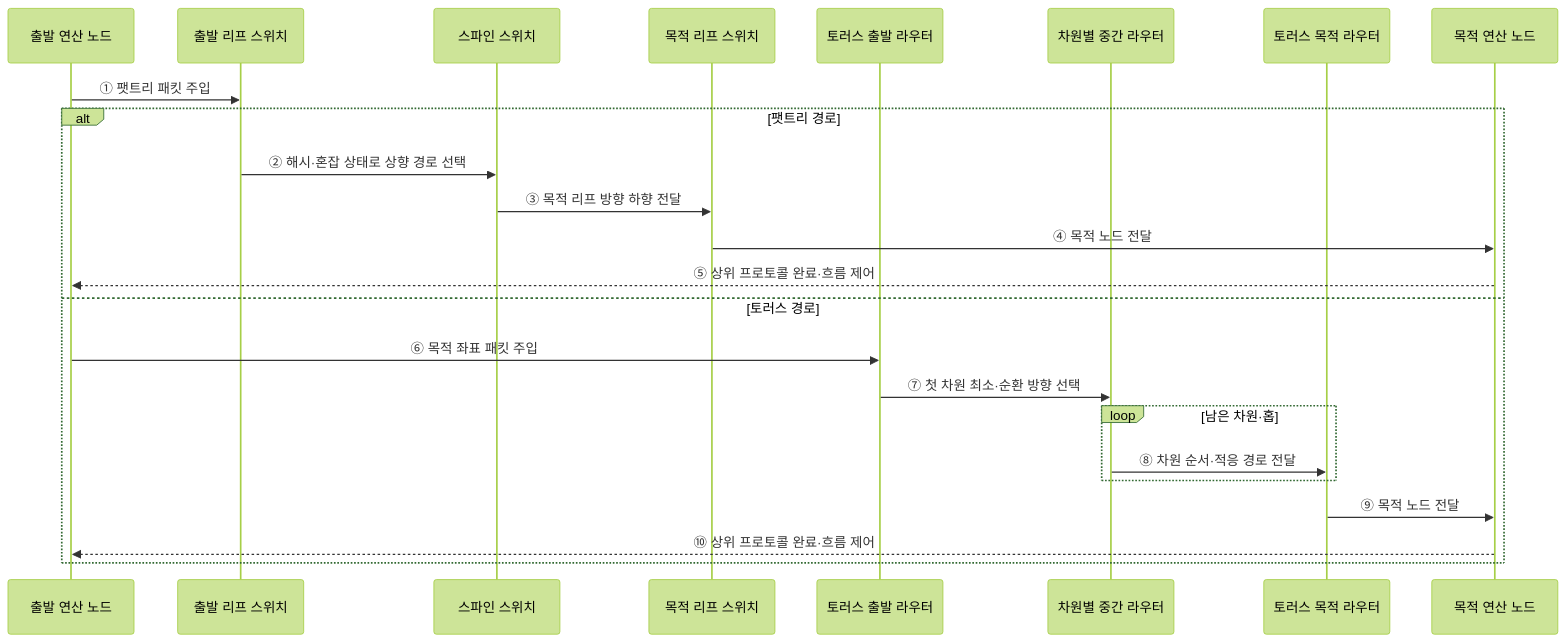
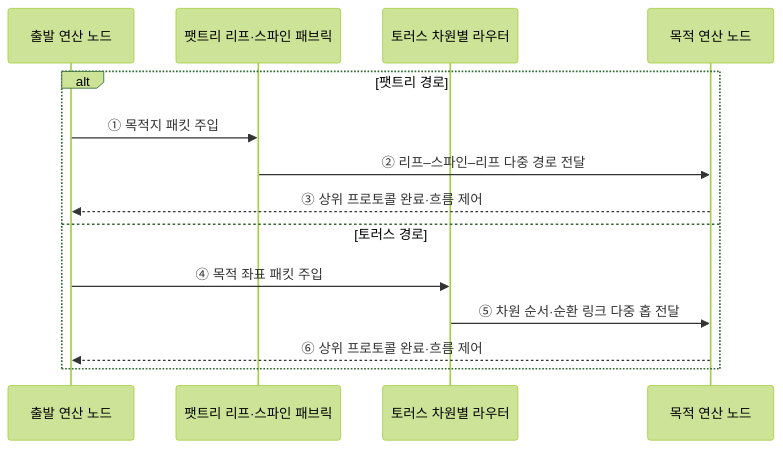
One commit to agnusdei1207/knowledge-base changed the second of 2 diagrams in src/content/docs/notes/02-hardware/094_interconnect_topology_fat_tree_torus.md. Above: the diagram before and after it, drawn with Mermaid (forest theme). The commit also changed other lines of this file and 14 other files, not shown here.

````diff
--- a/src/content/docs/notes/02-hardware/094_interconnect_topology_fat_tree_torus.md
+++ b/src/content/docs/notes/02-hardware/094_interconnect_topology_fat_tree_torus.md
@@ -97,27 +92,17 @@
 ```mermaid
 sequenceDiagram
     participant S as 출발 연산 노드
-    participant L1 as 출발 리프 스위치
-    participant P as 스파인 스위치
-    participant L2 as 목적 리프 스위치
-    participant R1 as 토러스 출발 라우터
-    participant RX as 차원별 중간 라우터
-    participant R2 as 토러스 목적 라우터
+    participant F as 팻트리 리프·스파인 패브릭
+    participant T as 토러스 차원별 라우터
     participant D as 목적 연산 노드
 
-    S->>L1: ① 팻트리 패킷 주입
     alt 팻트리 경로
-        L1->>P: ② 해시·혼잡 상태로 상향 경로 선택
-        P->>L2: ③ 목적 리프 방향 하향 전달
-        L2->>D: ④ 목적 노드 전달
-        D-->>S: ⑤ 상위 프로토콜 완료·흐름 제어
+        S->>F: ① 목적지 패킷 주입
+        F->>D: ② 리프–스파인–리프 다중 경로 전달
+        D-->>S: ③ 상위 프로토콜 완료·흐름 제어
     else 토러스 경로
-        S->>R1: ⑥ 목적 좌표 패킷 주입
-        R1->>RX: ⑦ 첫 차원 최소·순환 방향 선택
-        loop 남은 차원·홉
-            RX->>R2: ⑧ 차원 순서·적응 경로 전달
-        end
-        R2->>D: ⑨ 목적 노드 전달
-        D-->>S: ⑩ 상위 프로토콜 완료·흐름 제어
+        S->>T: ④ 목적 좌표 패킷 주입
+        T->>D: ⑤ 차원 순서·순환 링크 다중 홉 전달
+        D-->>S: ⑥ 상위 프로토콜 완료·흐름 제어
     end
 ```
````
